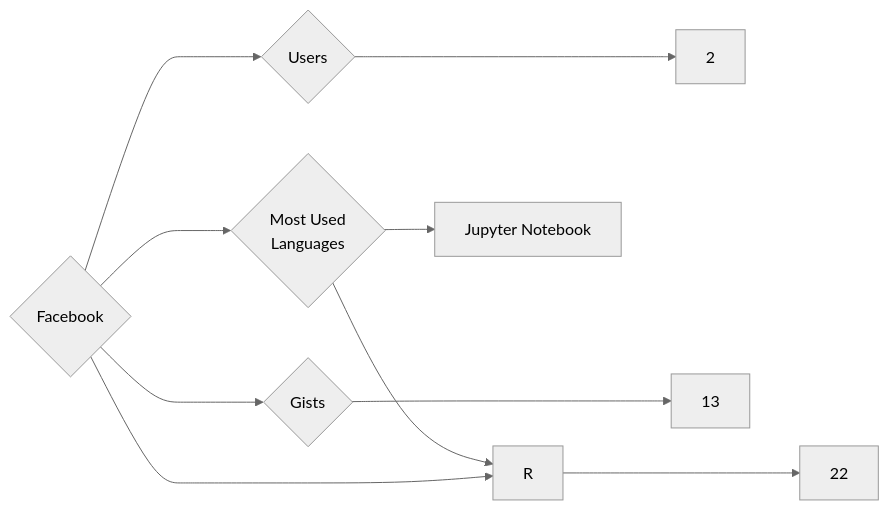
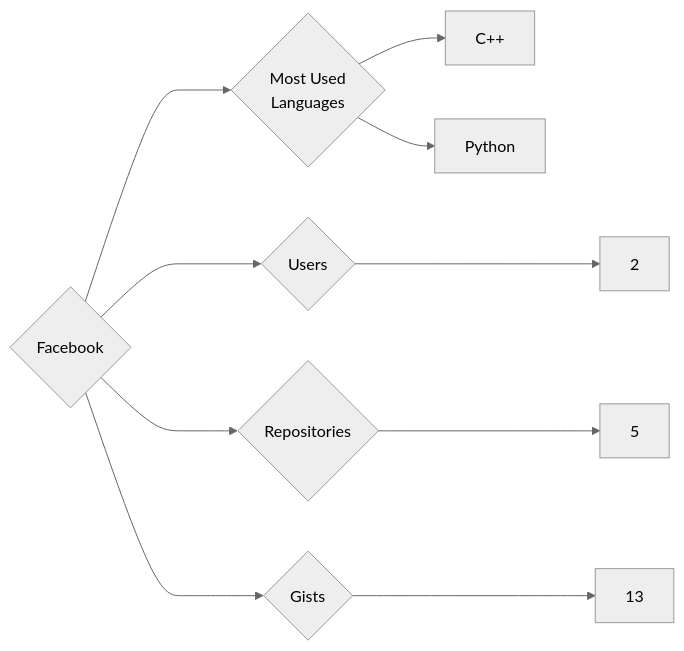
The diagram in targets/Facebook/README.md (trickest/insiders), drawn with Mermaid (neutral theme) before and after one commit. The commit also changed 1089 other files, not shown here.

````diff
--- a/targets/Facebook/README.md
+++ b/targets/Facebook/README.md
@@ -3,10 +3,10 @@
 ```mermaid
 graph LR
 COMPANY_NAME{Facebook}
 COMPANY_NAME ---> U{Users} ---> UN[2]
-COMPANY_NAME ---> R{Repositories} ---> RN[22]
+COMPANY_NAME ---> R{Repositories} ---> RN[5]
 COMPANY_NAME ---> G{Gists} ---> GN[13]
 COMPANY_NAME ---> ML{Most Used<br>Languages}
-ML --> Jupyter_Notebook[Jupyter Notebook]
-ML --> R[R]
+ML --> C++[C++]
+ML --> Python[Python]
 ```
````
